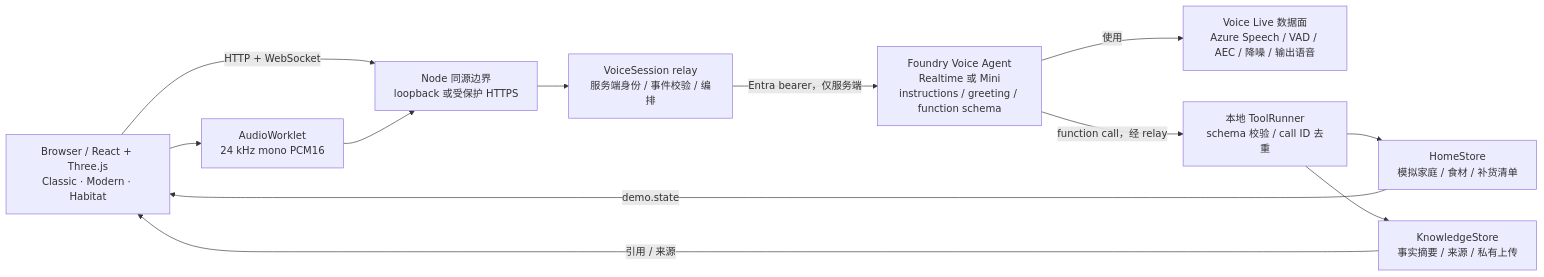
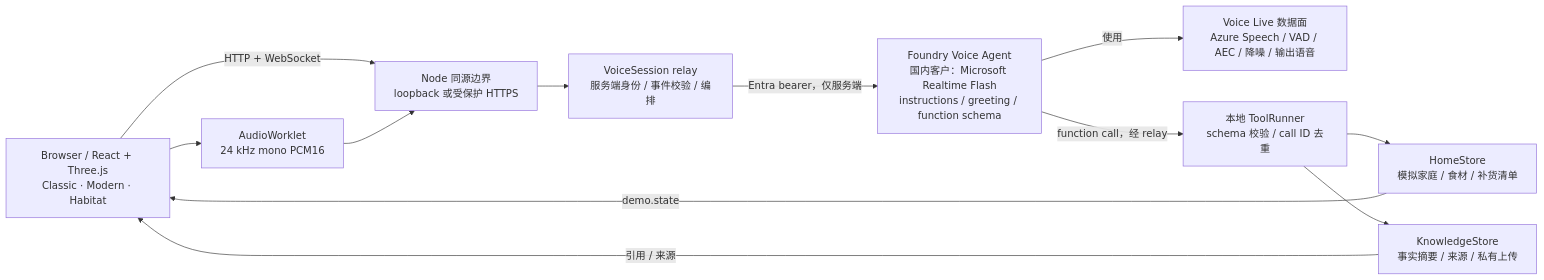
Before and after one commit to ZhaoChaoqun/voice-agent: the first of 4 diagrams in samples/haier-voice-home/ARCHITECTURE.md, drawn with Mermaid. The commit also changed other lines of this file and 26 other files, not shown here.

Commit message:
Align Haier sample docs and defaults to Microsoft Realtime Flash

````diff
--- a/samples/haier-voice-home/ARCHITECTURE.md
+++ b/samples/haier-voice-home/ARCHITECTURE.md
@@ -10,23 +10,23 @@
 ```mermaid
 flowchart LR
   Browser["Browser / React + Three.js<br/>Classic · Modern · Habitat"]
   Audio["AudioWorklet<br/>24 kHz mono PCM16"]
   Boundary["Node 同源边界<br/>loopback 或受保护 HTTPS"]
   Relay["VoiceSession relay<br/>服务端身份 / 事件校验 / 编排"]
-  Foundry["Foundry Voice Agent<br/>Realtime 或 Mini<br/>instructions / greeting / function schema"]
+  Foundry["Foundry Voice Agent<br/>国内客户：Microsoft Realtime Flash<br/>instructions / greeting / function schema"]
   Live["Voice Live 数据面<br/>Azure Speech / VAD / AEC / 降噪 / 输出语音"]
   Tools["本地 ToolRunner<br/>schema 校验 / call ID 去重"]
   Home["HomeStore<br/>模拟家庭 / 食材 / 补货清单"]
   Knowledge["KnowledgeStore<br/>事实摘要 / 来源 / 私有上传"]
   Browser --> Audio
   Browser -->|"HTTP + WebSocket"| Boundary
   Audio --> Boundary
   Boundary --> Relay
   Relay -->|"Entra bearer，仅服务端"| Foundry
   Foundry -->|"使用"| Live
   Foundry -->|"function call，经 relay"| Tools
   Tools --> Home
   Tools --> Knowledge
   Home -->|"demo.state"| Browser
   Knowledge -->|"引用 / 来源"| Browser
 ```
````
